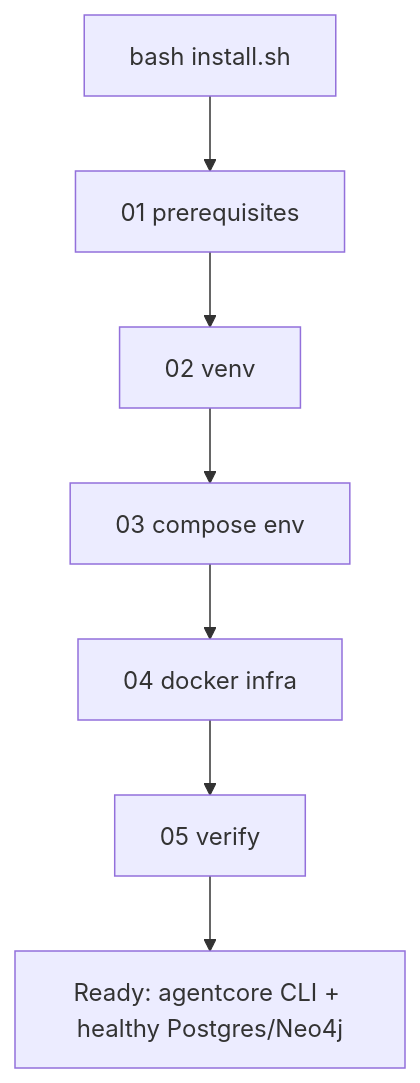
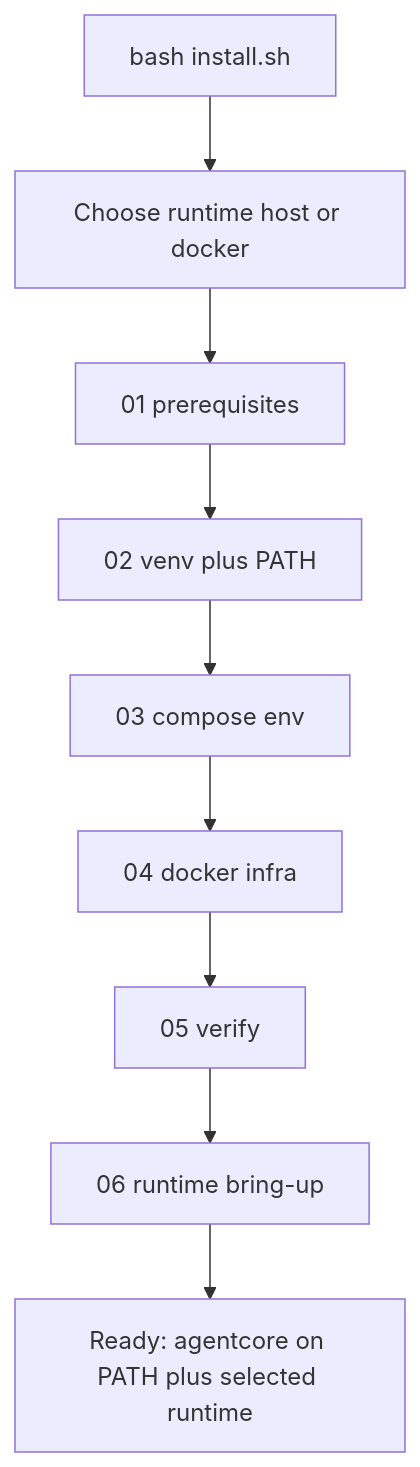
The diagram in docs/08-software-engineering-architecture/39-local-install-runbook.md (Mohammad-Mirasadollahi/AgentCore), drawn with Mermaid before and after one commit. The commit also changed other lines of this file and 24 other files, not shown here.

First line of the commit message:
feat: add agentcore CLI with PATH install

````diff
--- a/docs/08-software-engineering-architecture/39-local-install-runbook.md
+++ b/docs/08-software-engineering-architecture/39-local-install-runbook.md
@@ -65,9 +82,11 @@
 ```mermaid
 flowchart TD
-  start[bash install.sh] --> s01[01 prerequisites]
-  s01 --> s02[02 venv]
+  start[bash install.sh] --> ask[Choose runtime host or docker]
+  ask --> s01[01 prerequisites]
+  s01 --> s02[02 venv plus PATH]
   s02 --> s03[03 compose env]
   s03 --> s04[04 docker infra]
   s04 --> s05[05 verify]
-  s05 --> done[Ready: agentcore CLI + healthy Postgres/Neo4j]
+  s05 --> s06[06 runtime bring-up]
+  s06 --> done[Ready: agentcore on PATH plus selected runtime]
 ```
````
